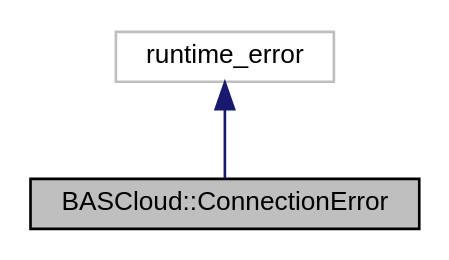
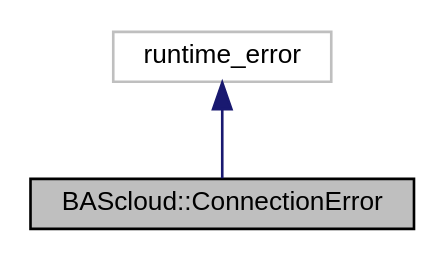
The diagram in classBASCloud_1_1ConnectionError__inherit__graph.dot (bascloud/BAScloudAPI), drawn with Graphviz before and after one commit. The commit also changed 193 other files, not shown here.

```diff
--- a/classBASCloud_1_1ConnectionError__inherit__graph.dot
+++ b/classBASCloud_1_1ConnectionError__inherit__graph.dot
@@ -1,9 +1,9 @@
-digraph "BASCloud::ConnectionError"
+digraph "BAScloud::ConnectionError"
 {
  // LATEX_PDF_SIZE
   edge [fontname="Helvetica",fontsize="10",labelfontname="Helvetica",labelfontsize="10"];
   node [fontname="Helvetica",fontsize="10",shape=record];
-  Node1 [label="BASCloud::ConnectionError",height=0.2,width=0.4,color="black", fillcolor="grey75", style="filled", fontcolor="black",tooltip="A connection error occured."];
+  Node1 [label="BAScloud::ConnectionError",height=0.2,width=0.4,color="black", fillcolor="grey75", style="filled", fontcolor="black",tooltip="A connection error occured."];
   Node2 -> Node1 [dir="back",color="midnightblue",fontsize="10",style="solid",fontname="Helvetica"];
   Node2 [label="runtime_error",height=0.2,width=0.4,color="grey75", fillcolor="white", style="filled",tooltip=" "];
 }
```
